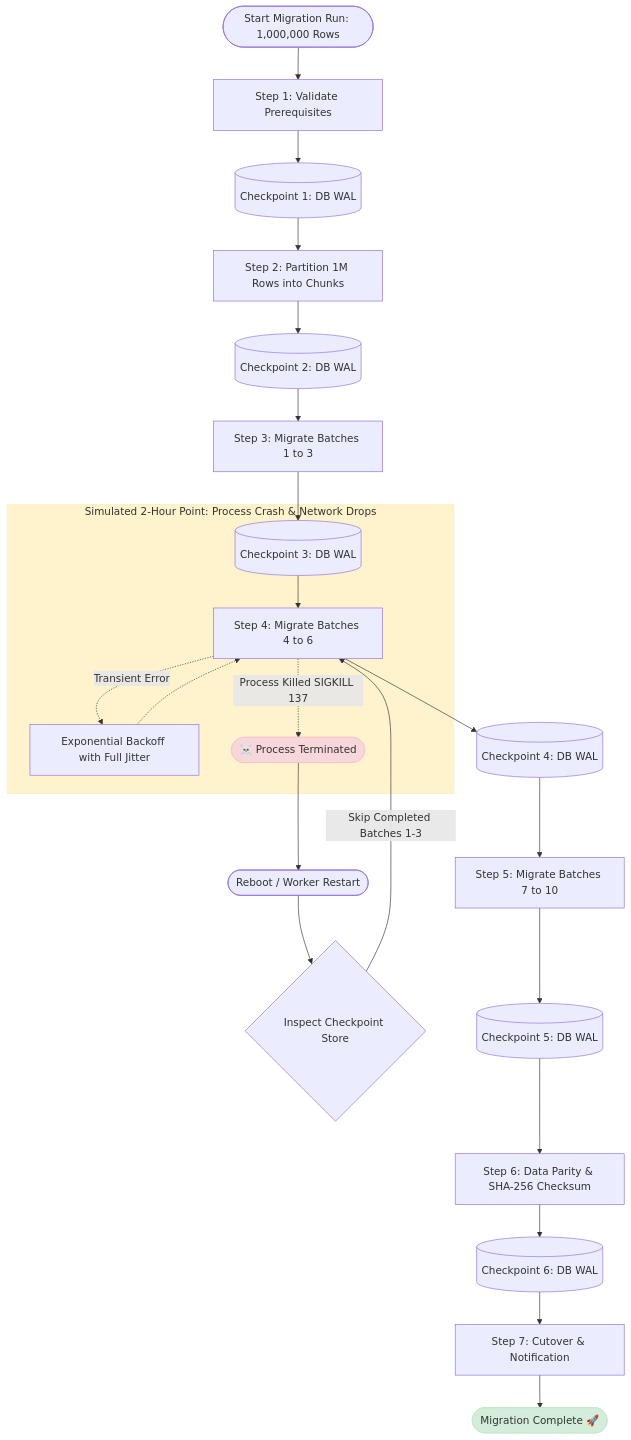
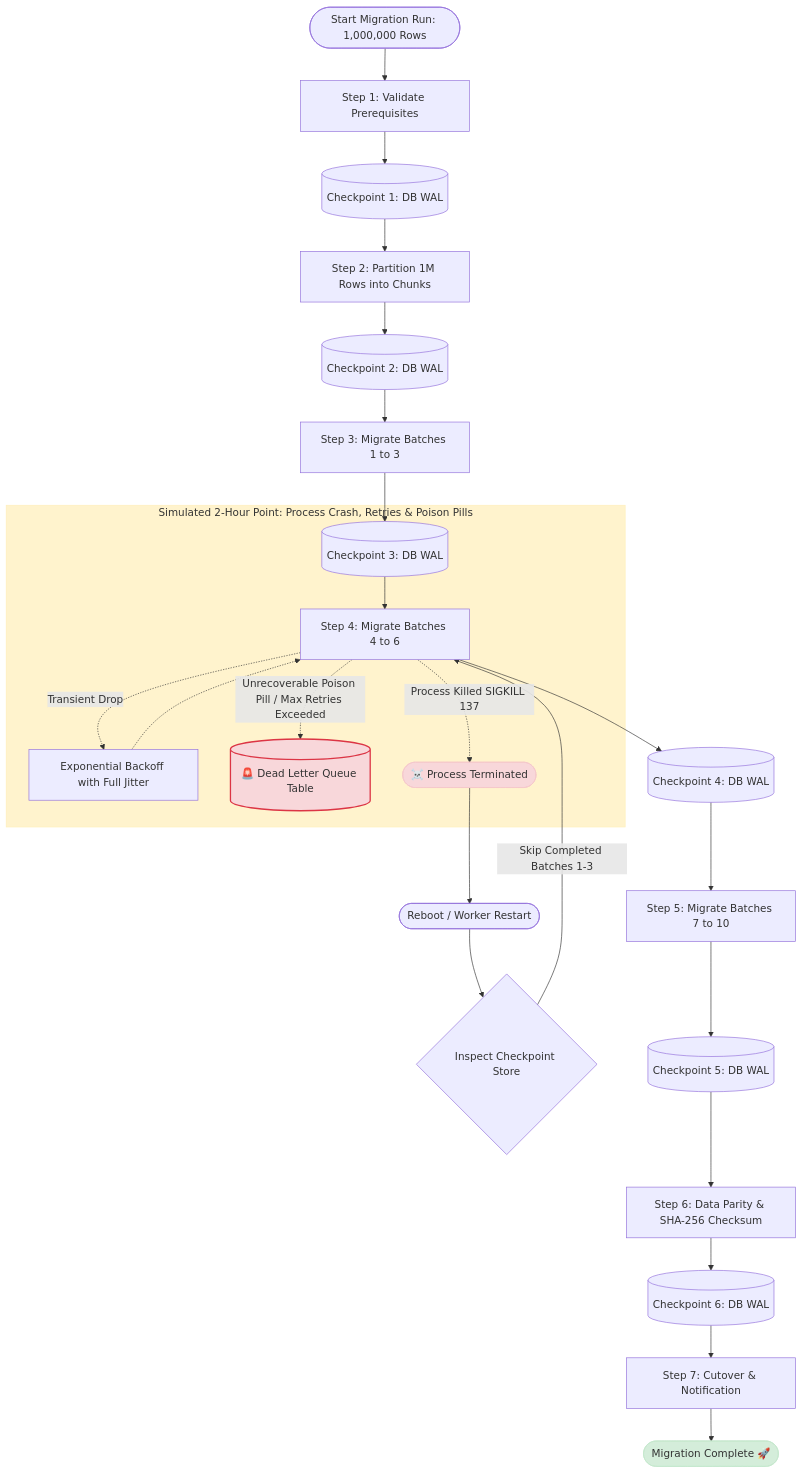
The diagram in README.md (Kundanikapradhan/durable-state-machine), drawn with Mermaid before and after one commit. The commit also changed other lines of this file and 2 other files, not shown here.

Commit message:
feat(engine): add dead letter queue (DLQ) table for poison pill isolation

````diff
--- a/README.md
+++ b/README.md
@@ -11,32 +18,34 @@
 ```mermaid
 flowchart TD
     Start([Start Migration Run: 1,000,000 Rows]) --> Step1[Step 1: Validate Prerequisites]
     Step1 --> CP1[(Checkpoint 1: DB WAL)]
     CP1 --> Step2[Step 2: Partition 1M Rows into Chunks]
     Step2 --> CP2[(Checkpoint 2: DB WAL)]
     CP2 --> Step3[Step 3: Migrate Batches 1 to 3]
     Step3 --> CP3[(Checkpoint 3: DB WAL)]
     
-    subgraph DangerZone [Simulated 2-Hour Point: Process Crash & Network Drops]
+    subgraph DangerZone [Simulated 2-Hour Point: Process Crash, Retries & Poison Pills]
         CP3 --> Step4[Step 4: Migrate Batches 4 to 6]
-        Step4 -.->|Transient Error| Backoff[Exponential Backoff with Full Jitter]
+        Step4 -.->|Transient Drop| Backoff[Exponential Backoff with Full Jitter]
         Backoff -.-> Step4
+        Step4 -.->|Unrecoverable Poison Pill / Max Retries Exceeded| DLQ[(🚨 Dead Letter Queue Table)]
         Step4 -.->|Process Killed SIGKILL 137| Crash([☠️ Process Terminated])
     end
 
     Crash --> Reboot([Reboot / Worker Restart])
     Reboot --> Inspect{Inspect Checkpoint Store}
     Inspect -->|Skip Completed Batches 1-3| Step4
     
     Step4 --> CP4[(Checkpoint 4: DB WAL)]
     CP4 --> Step5[Step 5: Migrate Batches 7 to 10]
     Step5 --> CP5[(Checkpoint 5: DB WAL)]
     CP5 --> Step6[Step 6: Data Parity & SHA-256 Checksum]
     Step6 --> CP6[(Checkpoint 6: DB WAL)]
     CP6 --> Step7[Step 7: Cutover & Notification]
     Step7 --> Done([Migration Complete 🚀])
 
     style DangerZone fill:#fff3cd,stroke:#ffeeba
     style Crash fill:#f8d7da,stroke:#f5c6cb
+    style DLQ fill:#f8d7da,stroke:#dc3545,stroke-width:2px
     style Done fill:#d4edda,stroke:#c3e6cb
 ```
````
